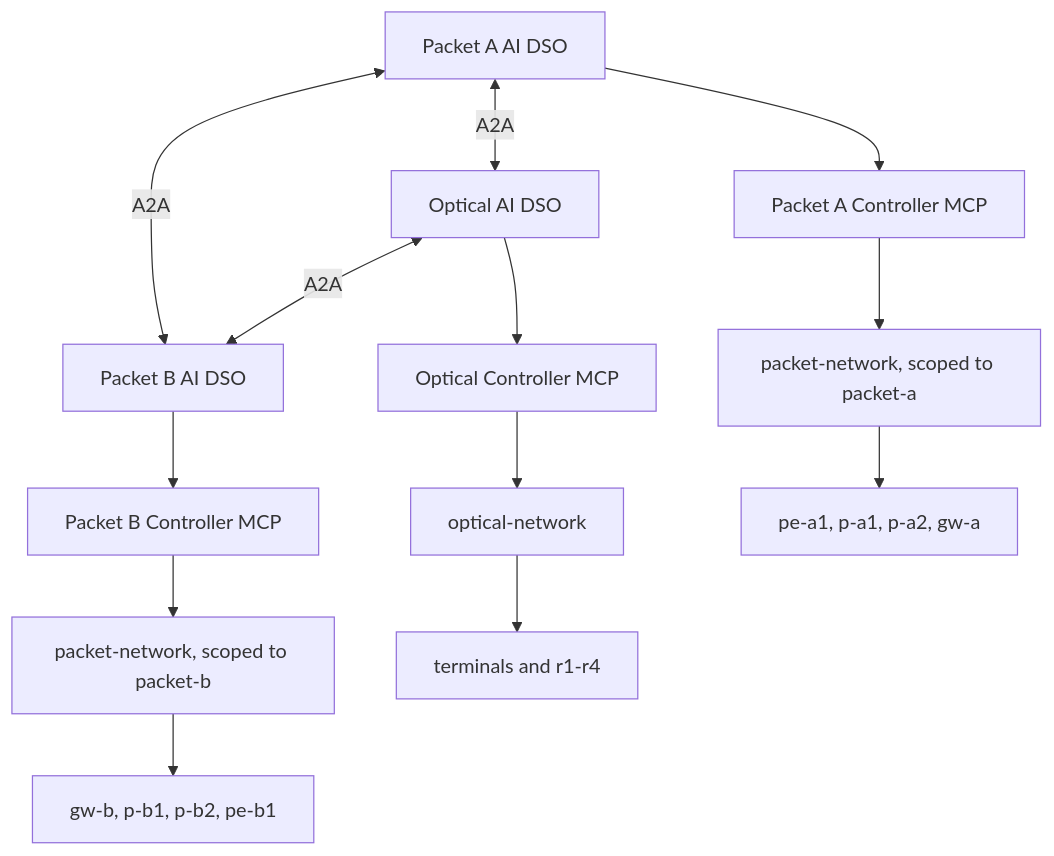
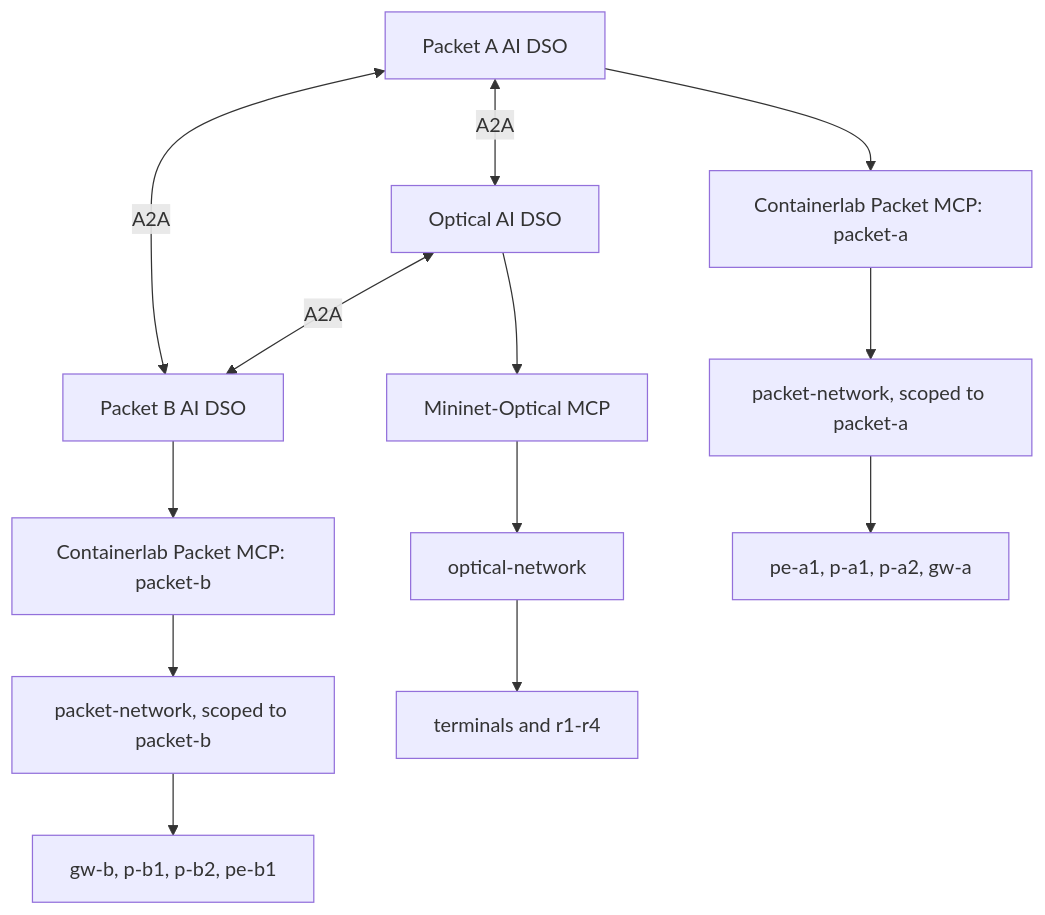
The second of 3 diagrams in docs/data-plane.md (allenabishekGithub/inter-domain-automatedNetworking), drawn with Mermaid before and after one commit. The commit also changed other lines of this file and 11 other files, not shown here.

````diff
--- a/docs/data-plane.md
+++ b/docs/data-plane.md
@@ -164,15 +169,15 @@
 ```mermaid
 flowchart TB
     A["Packet A AI DSO"] <-->|"A2A"| O["Optical AI DSO"]
     O <-->|"A2A"| B["Packet B AI DSO"]
     A <-->|"A2A"| B
-    A --> MA["Packet A Controller MCP"]
-    O --> MO["Optical Controller MCP"]
-    B --> MB["Packet B Controller MCP"]
+    A --> MA["Containerlab Packet MCP: packet-a"]
+    O --> MO["Mininet-Optical MCP"]
+    B --> MB["Containerlab Packet MCP: packet-b"]
     MA --> CA["packet-network, scoped to packet-a"]
     MO --> CO["optical-network"]
     MB --> CB["packet-network, scoped to packet-b"]
     CA --> RA["pe-a1, p-a1, p-a2, gw-a"]
     CO --> RO["terminals and r1-r4"]
     CB --> RB["gw-b, p-b1, p-b2, pe-b1"]
 ```
````
